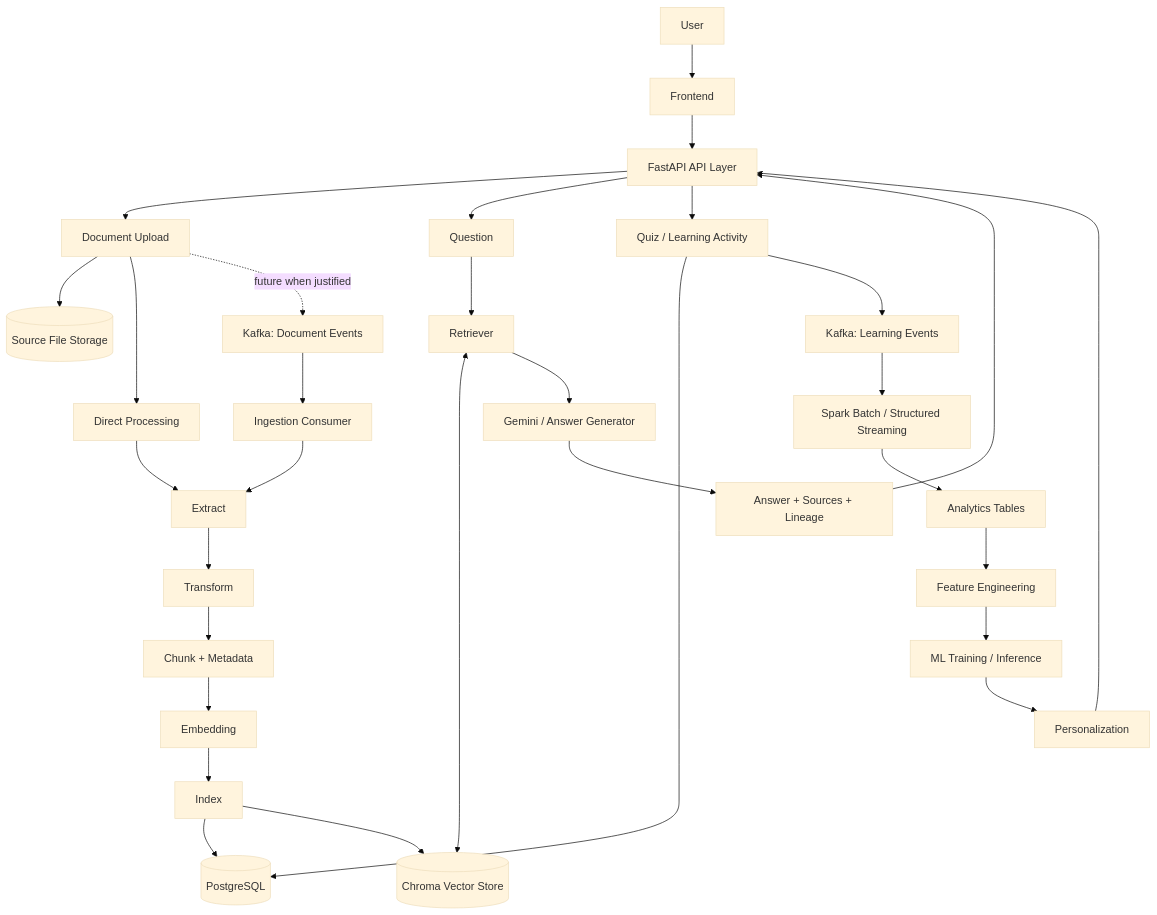
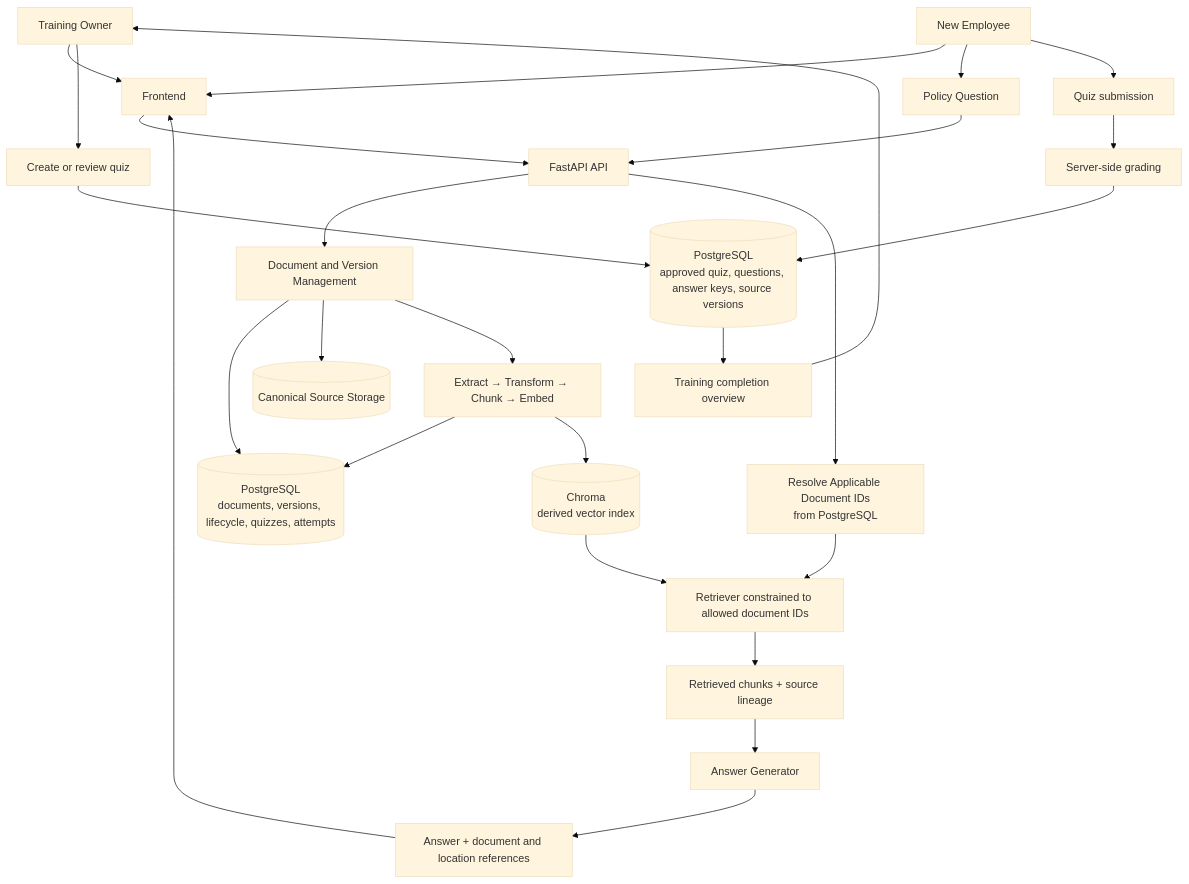
The diagram in docs/TARGET_ARCHITECTURE.md (tonthatgiahuy16/CloudMentor-AI), drawn with Mermaid (base theme) before and after one commit. The commit also changed other lines of this file and 6 other files, not shown here.

Commit message:
docs: update enterprise policy architecture, status, and verification evidence

````diff
--- a/docs/TARGET_ARCHITECTURE.md
+++ b/docs/TARGET_ARCHITECTURE.md
@@ -52,39 +37,31 @@
 ```mermaid
-flowchart TB
-    U[User] --> FE[Frontend]
-    FE --> API[FastAPI API Layer]
+flowchart TD
+    Owner[Training Owner] --> UI[Frontend]
+    Employee[New Employee] --> UI
+    UI --> API[FastAPI API]
 
-    API --> DU[Document Upload]
-    DU --> FS[(Source File Storage)]
-    DU --> DP[Direct Processing]
-    DP --> EX[Extract]
-    DU -. future when justified .-> KDE[Kafka: Document Events]
-    KDE --> IC[Ingestion Consumer]
+    API --> Manage[Document and Version Management]
+    Manage --> PG[(PostgreSQL<br/>documents, versions, lifecycle, quizzes, attempts)]
+    Manage --> Source[(Canonical Source Storage)]
+    Manage --> Pipeline[Extract → Transform → Chunk → Embed]
+    Pipeline --> PG
+    Pipeline --> Chroma[(Chroma<br/>derived vector index)]
 
-    IC --> EX[Extract]
-    EX --> TR[Transform]
-    TR --> CK[Chunk + Metadata]
-    CK --> EM[Embedding]
-    EM --> IX[Index]
+    Employee --> Question[Policy Question]
+    Question --> API
+    API --> Resolve[Resolve Applicable Document IDs<br/>from PostgreSQL]
+    Resolve --> Retrieve[Retriever constrained to allowed document IDs]
+    Chroma --> Retrieve
+    Retrieve --> Context[Retrieved chunks + source lineage]
+    Context --> LLM[Answer Generator]
+    LLM --> Response[Answer + document and location references]
+    Response --> UI
 
-    IX --> PG[(PostgreSQL)]
-    IX --> CH[(Chroma Vector Store)]
-
-    API --> Q[Question]
-    Q --> RT[Retriever]
-    RT <--> CH
-    RT --> GM[Gemini / Answer Generator]
-    GM --> AR[Answer + Sources + Lineage]
-    AR --> API
-
-    API --> QZ[Quiz / Learning Activity]
-    QZ --> PG
-    QZ --> KLE[Kafka: Learning Events]
-
-    KLE --> SP[Spark Batch / Structured Streaming]
-    SP --> AN[Analytics Tables]
-    AN --> FT[Feature Engineering]
-    FT --> ML[ML Training / Inference]
-    ML --> PS[Personalization]
-    PS --> API
+    Owner --> Review[Create or review quiz]
+    Review --> QuizStore[(PostgreSQL<br/>approved quiz, questions, answer keys, source versions)]
+    Employee --> Submit[Quiz submission]
+    Submit --> Grade[Server-side grading]
+    Grade --> QuizStore
+    QuizStore --> Overview[Training completion overview]
+    Overview --> Owner
 ```
````
